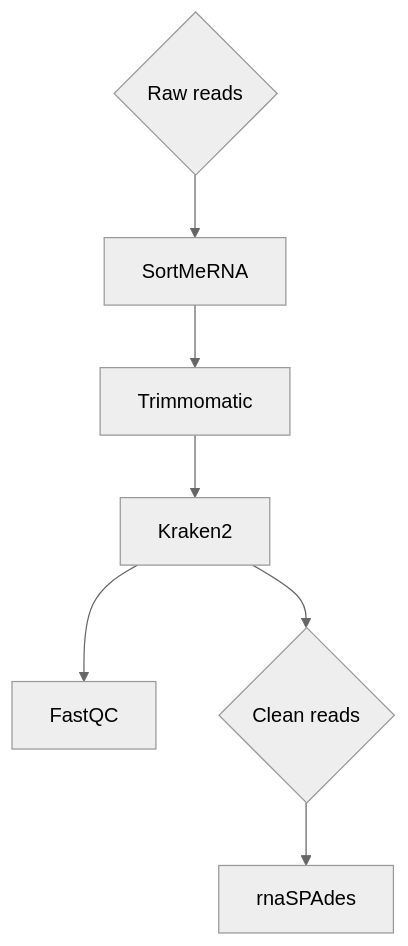
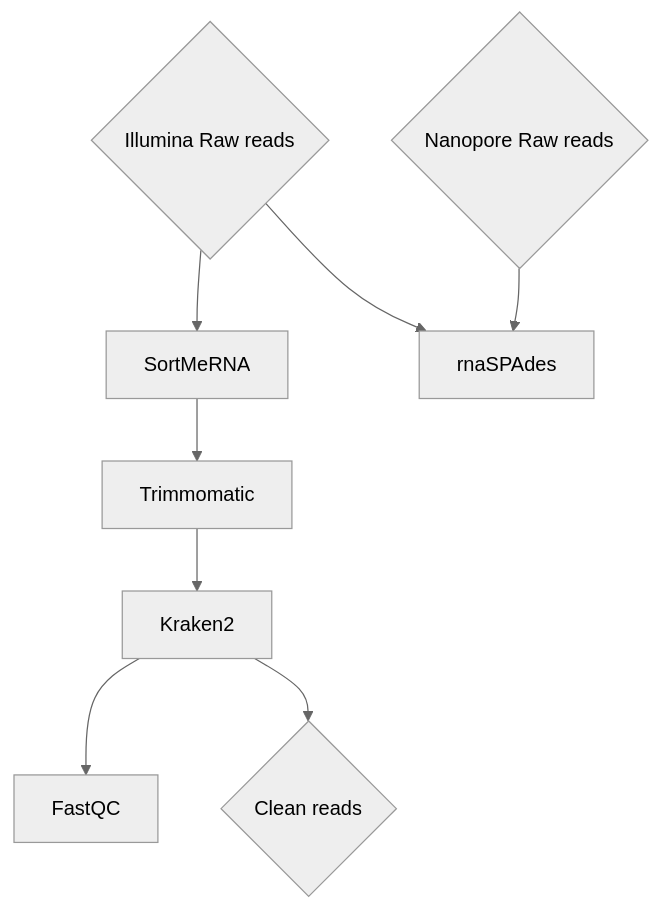
The diagram in README.md (kuprinak/Phragmites_drought_RNAseq), drawn with Mermaid (neutral theme) before and after one commit.

````diff
--- a/README.md
+++ b/README.md
@@ -6,9 +6,11 @@
 ```mermaid
 flowchart TD
-    A{Raw reads} -->B[SortMeRNA];
+    A{Illumina Raw reads} -->B[SortMeRNA];
     B --> C[Trimmomatic];
     C --> D[Kraken2];
     D --> E[FastQC];
     D --> F{Clean reads};
-    F --> G[rnaSPAdes];
+    A --> G[rnaSPAdes];
+    AA{Nanopore Raw reads} --> G[rnaSPAdes];
+    
 ```
````
